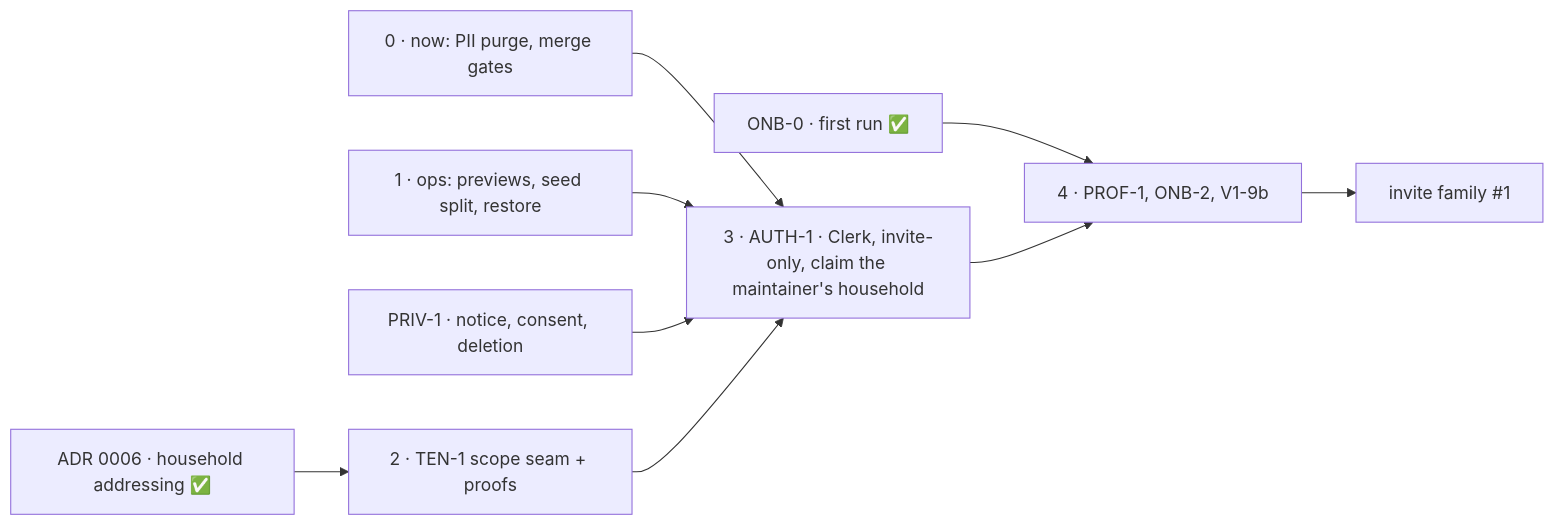
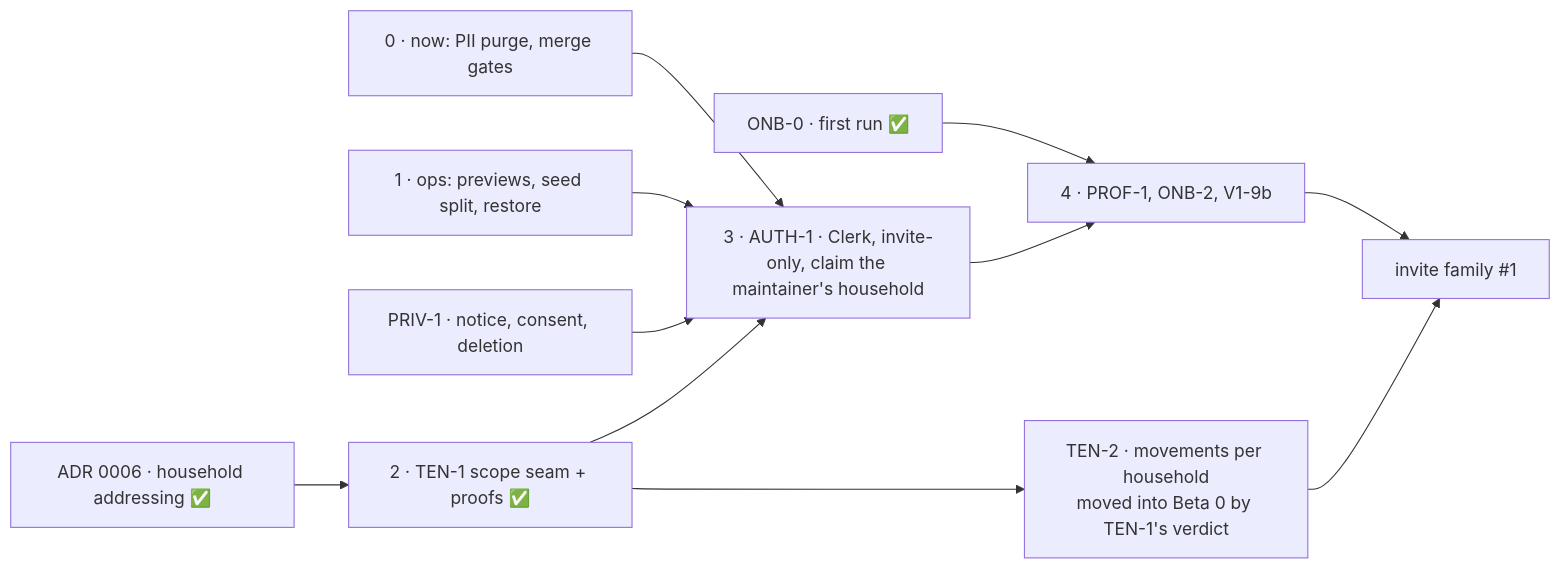
One commit to ralamode/mat-plan changed the diagram in docs/milestones/beta-1.md. Above: the diagram before and after it, drawn with Mermaid. The commit also changed other lines of this file and 11 other files, not shown here.

First line of the commit message:
docs(ten-1): 1d as built — the verdict is that TEN-2 moves into Beta 0

````diff
--- a/docs/milestones/beta-1.md
+++ b/docs/milestones/beta-1.md
@@ -77,11 +77,13 @@
 ```mermaid
 flowchart LR
   N[0 · now: PII purge, merge gates] --> AU
   O[1 · ops: previews, seed split, restore] --> AU
   ONB[ONB-0 · first run ✅] --> S
   PRIV[PRIV-1 · notice, consent, deletion] --> AU
-  C[ADR 0006 · household addressing ✅] --> T[2 · TEN-1 scope seam + proofs]
+  C[ADR 0006 · household addressing ✅] --> T[2 · TEN-1 scope seam + proofs ✅]
   T --> AU[3 · AUTH-1 · Clerk, invite-only, claim the maintainer's household]
+  T --> T2[TEN-2 · movements per household<br/>moved into Beta 0 by TEN-1's verdict]
   AU --> S[4 · PROF-1, ONB-2, V1-9b]
   S --> I[invite family #1]
+  T2 --> I
 ```
````
